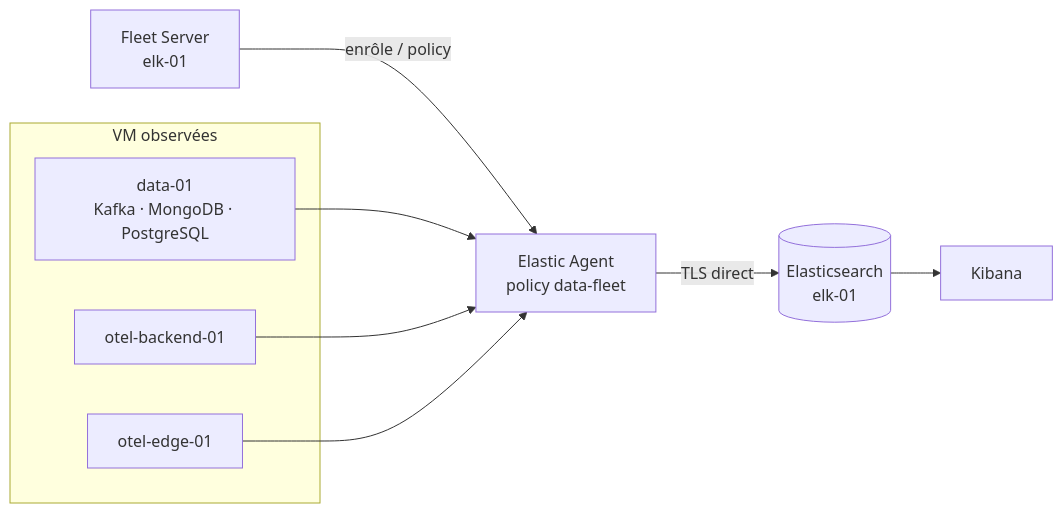
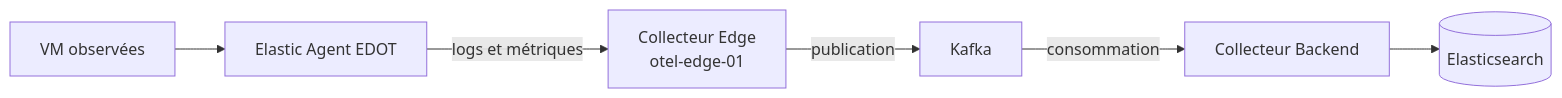
The fourth of 9 diagrams in architecture/slides/slides.md (elkouhen/systemlens-observability-lab), drawn with Mermaid before and after one commit. The commit also changed other lines of this file and 34 other files, not shown here.

````diff
--- a/architecture/slides/slides.md
+++ b/architecture/slides/slides.md
@@ -141,19 +221,10 @@
 ```mermaid
 flowchart LR
-  subgraph VM[VM observées]
-    D[data-01\nKafka · MongoDB · PostgreSQL]
-    B[otel-backend-01]
-    E[otel-edge-01]
-  end
-  F[Fleet Server\nelk-01]
-  A[Elastic Agent\npolicy data-fleet]
-  ES[(Elasticsearch\nelk-01)]
-  K[Kibana]
-
-  F -->|enrôle / policy| A
-  D --> A
-  B --> A
-  E --> A
-  A -->|TLS direct| ES
-  ES --> K
+  VM[VM observées] --> A[Elastic Agent EDOT]
+  EDGE[Collecteur Edge\notel-edge-01]
+  ES[(Elasticsearch)]
+  A -->|logs et métriques| EDGE
+  EDGE -->|publication| K[Kafka]
+  K -->|consommation| B[Collecteur Backend]
+  B --> ES[(Elasticsearch)]
 ```
````
